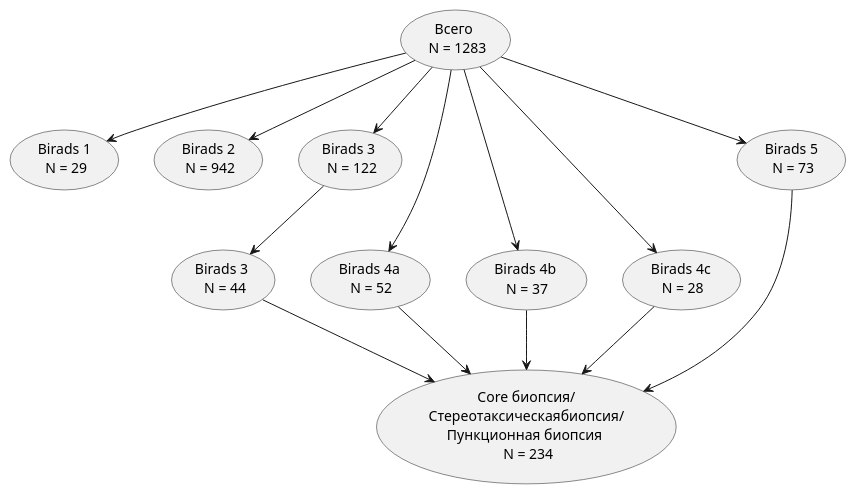
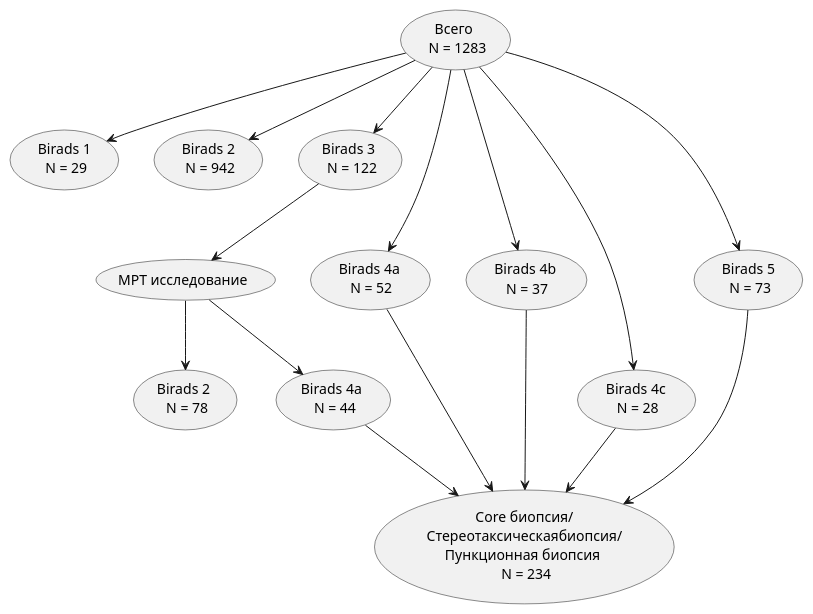
One commit to AndreyPovaliy/ABUS_US_diagnostics changed the diagram in Text_work/Articles/Snr_abus_accur/sheme2.puml. Above: the diagram before and after it, drawn with PlantUML. The commit also changed 137 other files, not shown here.

```diff
--- a/Text_work/Articles/Snr_abus_accur/sheme2.puml
+++ b/Text_work/Articles/Snr_abus_accur/sheme2.puml
@@ -1,15 +1,17 @@
 @startuml
 (Всего \n N = 1283) --> ( Birads 1 \n N = 29)
 (Всего \n N = 1283) --> ( Birads 2 \n N = 942)
 (Всего \n N = 1283) --> (Birads 3 \n N = 122)
 (Всего \n N = 1283) --> ( Birads 4a \n N = 52)
 (Всего \n N = 1283) --> ( Birads 4b \n N = 37)
 (Всего \n N = 1283) --> ( Birads 4c \n N = 28)
 (Всего \n N = 1283) --> ( Birads 5 \n N = 73)
-(Birads 3 \n N = 122) --> (Birads 3 \n N = 44)
-(Birads 3 \n N = 44) --> (Core биопсия/\nСтереотаксическаябиопсия/\nПункционная биопсия \n N = 234)
+(Birads 3 \n N = 122) --> (МРТ исследование)
+(МРТ исследование)--> (Birads 2 \n N = 78)
+(МРТ исследование)--> (Birads 4а \n N = 44)
+(Birads 4а \n N = 44) --> (Core биопсия/\nСтереотаксическаябиопсия/\nПункционная биопсия \n N = 234)
 ( Birads 4a \n N = 52) --> (Core биопсия/\nСтереотаксическаябиопсия/\nПункционная биопсия \n N = 234)
 ( Birads 4b \n N = 37) --> (Core биопсия/\nСтереотаксическаябиопсия/\nПункционная биопсия \n N = 234)
 ( Birads 4c \n N = 28) --> (Core биопсия/\nСтереотаксическаябиопсия/\nПункционная биопсия \n N = 234)
 ( Birads 5 \n N = 73) --> (Core биопсия/\nСтереотаксическаябиопсия/\nПункционная биопсия \n N = 234)
 @endumll
```
